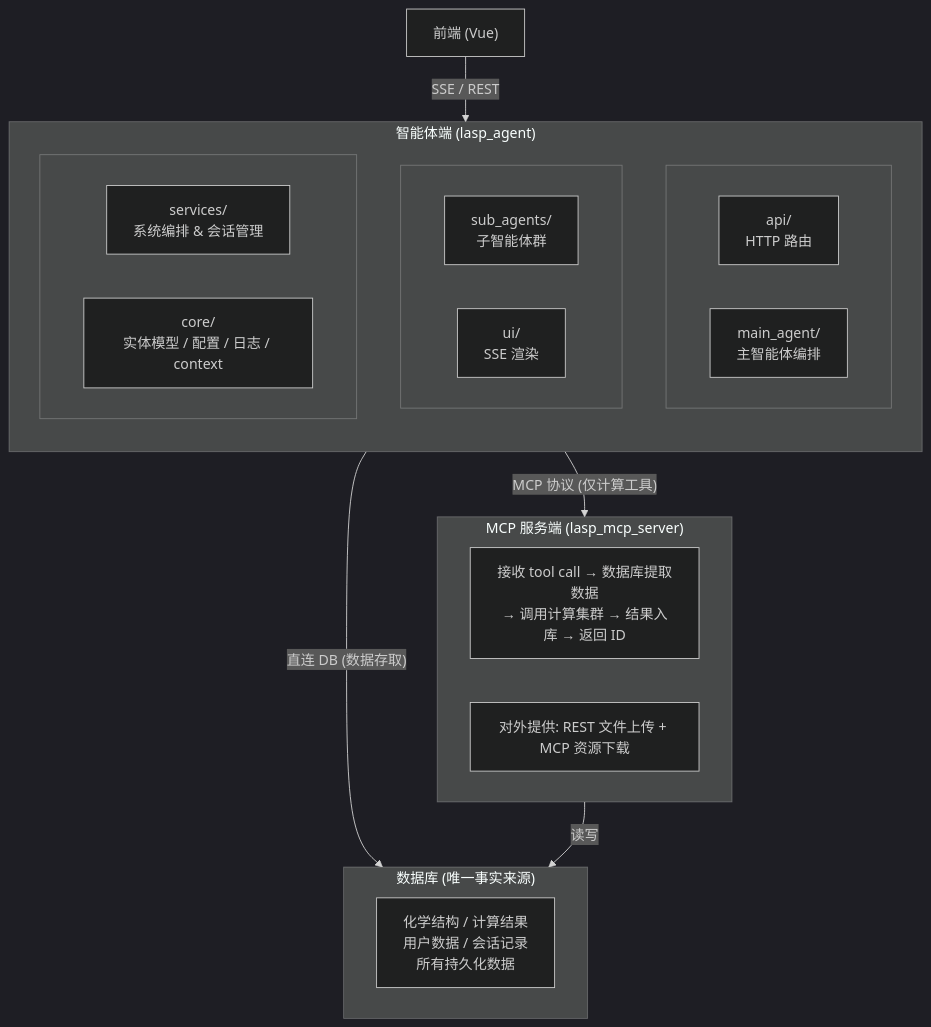
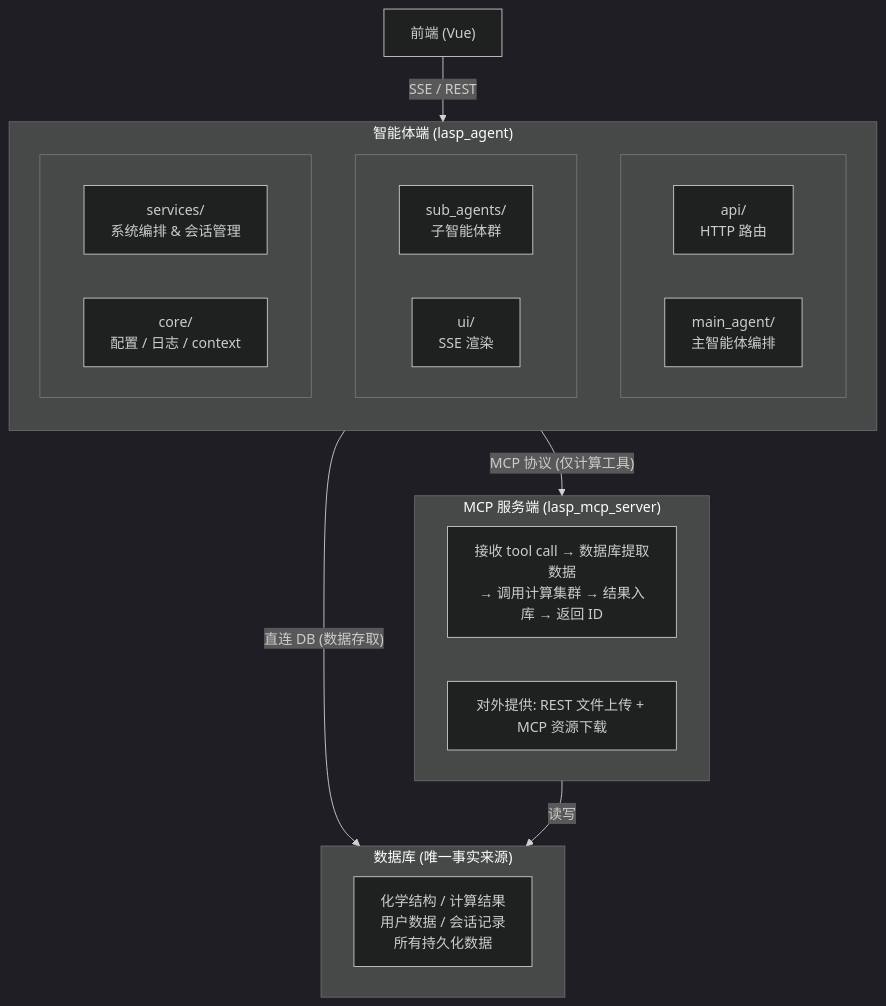
The first of 2 diagrams in LASPAI 智能体端设计方案.md (zhou-tian-yi/laspai-agent-design), drawn with Mermaid (dark theme) before and after one commit. The commit also changed other lines of this file and 4 other files, not shown here.

````diff
--- a/LASPAI 智能体端设计方案.md
+++ b/LASPAI 智能体端设计方案.md
@@ -11,39 +11,39 @@
 ```mermaid
 flowchart TB
     FE["前端 (Vue)"]
 
     FE -->|"SSE / REST"| AGENT
 
     subgraph AGENT["智能体端 (lasp_agent)"]
         direction TB
         subgraph R1[" "]
             direction LR
             API["api/<br/>HTTP 路由"]
             MAIN["main_agent/<br/>主智能体编排"]
         end
         subgraph R2[" "]
             direction LR
             SUB["sub_agents/<br/>子智能体群"]
             UI["ui/<br/>SSE 渲染"]
         end
         subgraph R3[" "]
             direction LR
             SVC["services/<br/>系统编排 & 会话管理"]
-            CORE["core/<br/>实体模型 / 配置 / 日志 / context"]
+            CORE["core/<br/>配置 / 日志 / context"]
         end
     end
 
     AGENT -->|"直连 DB (数据存取)"| DB
     AGENT -->|"MCP 协议 (仅计算工具)"| MCPSERVER
 
     subgraph DB["数据库 (唯一事实来源)"]
         DBC["化学结构 / 计算结果<br/>用户数据 / 会话记录<br/>所有持久化数据"]
     end
 
     subgraph MCPSERVER["MCP 服务端 (lasp_mcp_server)"]
         MCPS1["接收 tool call → 数据库提取数据<br/>→ 调用计算集群 → 结果入库 → 返回 ID"]
         MCPS2["对外提供: REST 文件上传 + MCP 资源下载"]
     end
 
     MCPSERVER -->|"读写"| DB
 ```
````
